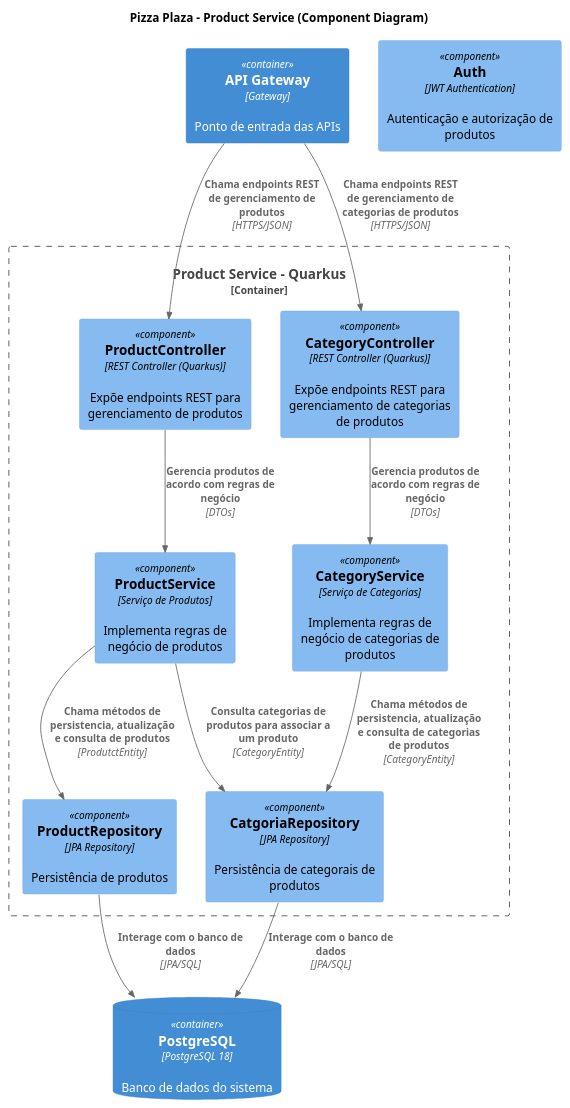
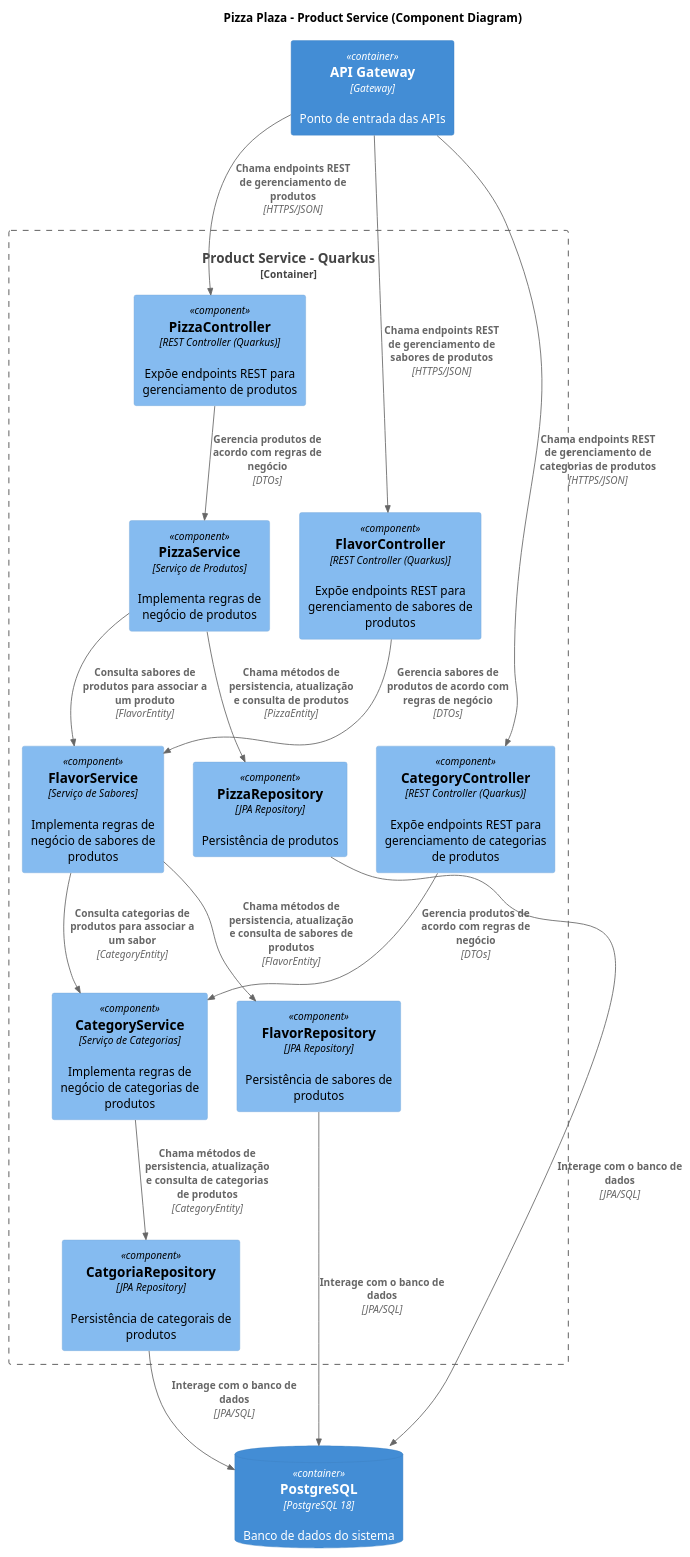
The diagram in docs/c4/Components/product_service.puml (Luis-Fernando-Pereira/pizzaplaza), drawn with PlantUML before and after one commit.

Commit message:
Ajuste na documentação

```diff
--- a/docs/c4/Components/product_service.puml
+++ b/docs/c4/Components/product_service.puml
@@ -1,41 +1,52 @@
 @startuml C4_Component_ProductService
 !include https://raw.githubusercontent.com/plantuml-stdlib/C4-PlantUML/master/C4_Component.puml
 
 title Pizza Plaza - Product Service (Component Diagram)
 
 Container(api_gateway, "API Gateway", "Gateway", "Ponto de entrada das APIs")
 
 Container_Boundary(product_microsservice, "Product Service - Quarkus") {
 
-    Component(product_controller, "ProductController", "REST Controller (Quarkus)","Expõe endpoints REST para gerenciamento de produtos")
+    Component(pizza_controller, "PizzaController", "REST Controller (Quarkus)","Expõe endpoints REST para gerenciamento de produtos")
+
+    Component(flavor_controller, "FlavorController", "REST Controller (Quarkus)","Expõe endpoints REST para gerenciamento de sabores de produtos")
+    Component(flavor_service, "FlavorService", "Serviço de Sabores","Implementa regras de negócio de sabores de produtos")
+    Component(flavor_repository, "FlavorRepository", "JPA Repository","Persistência de sabores de produtos")
 
     Component(category_controller, "CategoryController", "REST Controller (Quarkus)", "Expõe endpoints REST para gerenciamento de categorias de produtos")
 
-    Component(product_service, "ProductService", "Serviço de Produtos","Implementa regras de negócio de produtos")
+    Component(pizza_service, "PizzaService", "Serviço de Produtos","Implementa regras de negócio de produtos")
 
     Component(category_service, "CategoryService", "Serviço de Categorias","Implementa regras de negócio de categorias de produtos")
 
-    Component(product_repository, "ProductRepository", "JPA Repository","Persistência de produtos")
+    Component(pizza_repository, "PizzaRepository", "JPA Repository","Persistência de produtos")
 
     Component(categoria_repository, "CatgoriaRepository", "JPA Repository","Persistência de categorais de produtos")
 
 }
 
-Component(auth, "Auth", "JWT Authentication","Autenticação e autorização de produtos")
 ContainerDb(database, "PostgreSQL", "PostgreSQL 18", "Banco de dados do sistema")
 
-Rel(api_gateway, product_controller, "Chama endpoints REST de gerenciamento de produtos", "HTTPS/JSON")
+Rel(api_gateway, flavor_controller, "Chama endpoints REST de gerenciamento de sabores de produtos", "HTTPS/JSON")
+Rel(flavor_controller, flavor_service, "Gerencia sabores de produtos de acordo com regras de negócio", "DTOs")
+Rel(flavor_service, flavor_repository, "Chama métodos de persistencia, atualização e consulta de sabores de produtos", "FlavorEntity")
+Rel(flavor_repository, database, "Interage com o banco de dados", "JPA/SQL")
+
+Rel(flavor_service, category_service, "Consulta categorias de produtos para associar a um sabor", "CategoryEntity")
+
+Rel(api_gateway, pizza_controller, "Chama endpoints REST de gerenciamento de produtos", "HTTPS/JSON")
+Rel(pizza_service, flavor_service, "Consulta sabores de produtos para associar a um produto", "FlavorEntity")
+
 Rel(api_gateway, category_controller, "Chama endpoints REST de gerenciamento de categorias de produtos", "HTTPS/JSON")
 
-Rel(product_controller, product_service, "Gerencia produtos de acordo com regras de negócio", "DTOs")
+Rel(pizza_controller, pizza_service, "Gerencia produtos de acordo com regras de negócio", "DTOs")
 Rel(category_controller, category_service, "Gerencia produtos de acordo com regras de negócio", "DTOs")
 
 Rel(category_service, categoria_repository, "Chama métodos de persistencia, atualização e consulta de categorias de produtos", "CategoryEntity")
-Rel(product_service, product_repository, "Chama métodos de persistencia, atualização e consulta de produtos", "ProdutctEntity")
-Rel(product_service, categoria_repository, "Consulta categorias de produtos para associar a um produto", "CategoryEntity")
+Rel(pizza_service, pizza_repository, "Chama métodos de persistencia, atualização e consulta de produtos", "PizzaEntity")
 
 Rel(categoria_repository, database, "Interage com o banco de dados", "JPA/SQL")
-Rel(product_repository, database, "Interage com o banco de dados", "JPA/SQL")
+Rel(pizza_repository, database, "Interage com o banco de dados", "JPA/SQL")
 
 
 @enduml
```
